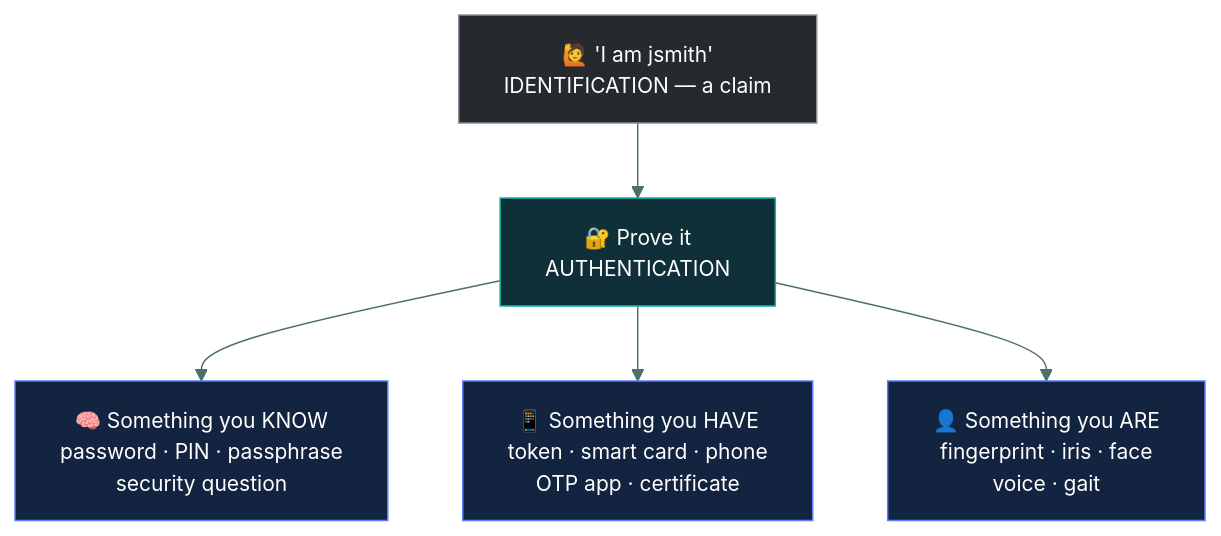
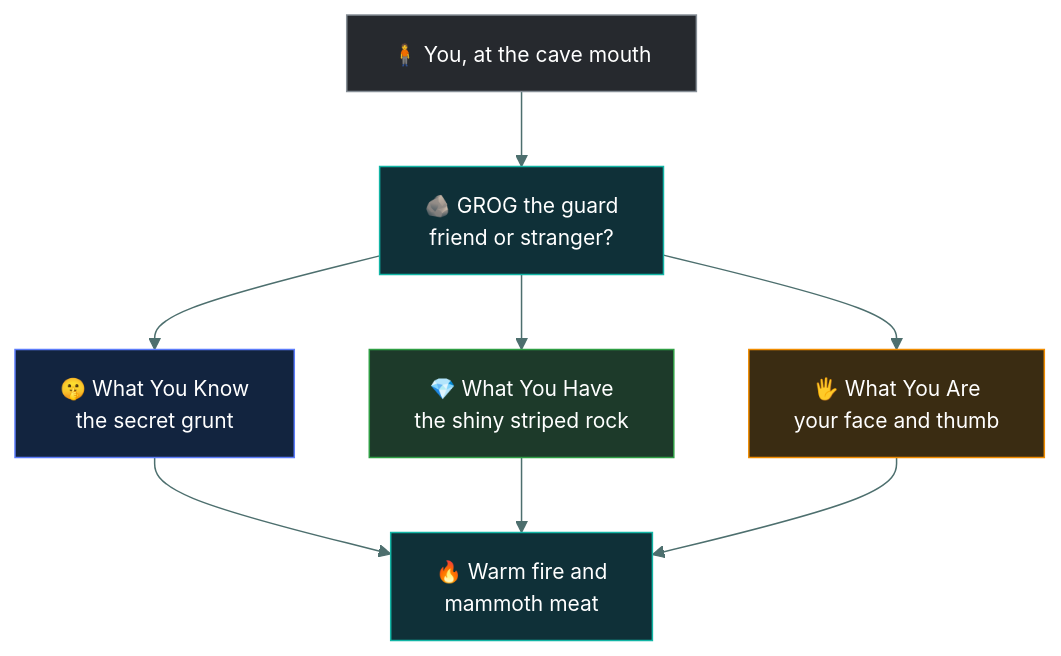
One commit to tarunTejaDesireddy/cc-exam-prep changed the first of 3 diagrams in 01-security-principles/authentication/README.md. Above: the diagram before and after it, drawn with Mermaid. The commit also changed other lines of this file and 1 other file, not shown here.

First line of the commit message:
Rewrite the authentication topic in the caveman style

````diff
--- a/01-security-principles/authentication/README.md
+++ b/01-security-principles/authentication/README.md
@@ -70,14 +34,19 @@
 ```mermaid
-%%{init: {'theme':'base','themeVariables':{'fontSize':'14px','lineColor':'#4d6f6e','textColor':'#dbe7e6'}}}%%
+%%{init: {'theme':'base','themeVariables':{'fontFamily':'Segoe UI, Helvetica Neue, Arial, sans-serif','fontSize':'14px','lineColor':'#4d6f6e','textColor':'#dbe7e6'}}}%%
 flowchart TD
-    A["🙋 'I am jsmith'<br/>IDENTIFICATION — a claim"] --> B["🔐 Prove it<br/>AUTHENTICATION"]
-    B --> K["🧠 Something you KNOW<br/>password · PIN · passphrase<br/>security question"]
-    B --> H["📱 Something you HAVE<br/>token · smart card · phone<br/>OTP app · certificate"]
-    B --> I["👤 Something you ARE<br/>fingerprint · iris · face<br/>voice · gait"]
+    YOU["🧍 You, at the cave mouth"]
+    YOU --> GROG["🪨 GROG the guard<br/>friend or stranger?"]
+    GROG --> K["🤫 What You Know<br/>the secret grunt"]
+    GROG --> H["💎 What You Have<br/>the shiny striped rock"]
+    GROG --> A["🖐️ What You Are<br/>your face and thumb"]
+    K --> IN["🔥 Warm fire and<br/>mammoth meat"]
+    H --> IN
+    A --> IN
 
-    style A fill:#26292e,stroke:#868E96,color:#fff
-    style B fill:#0f3038,stroke:#12B5A5,color:#fff
+    style YOU fill:#26292e,stroke:#868E96,color:#fff
+    style GROG fill:#0f3038,stroke:#12B5A5,color:#fff
     style K fill:#12243f,stroke:#5C7CFA,color:#fff
-    style H fill:#12243f,stroke:#5C7CFA,color:#fff
-    style I fill:#12243f,stroke:#5C7CFA,color:#fff
+    style H fill:#1d3a2a,stroke:#2F9E44,color:#fff
+    style A fill:#3a2c12,stroke:#F08C00,color:#fff
+    style IN fill:#0f3038,stroke:#12B5A5,color:#fff
 ```
````
